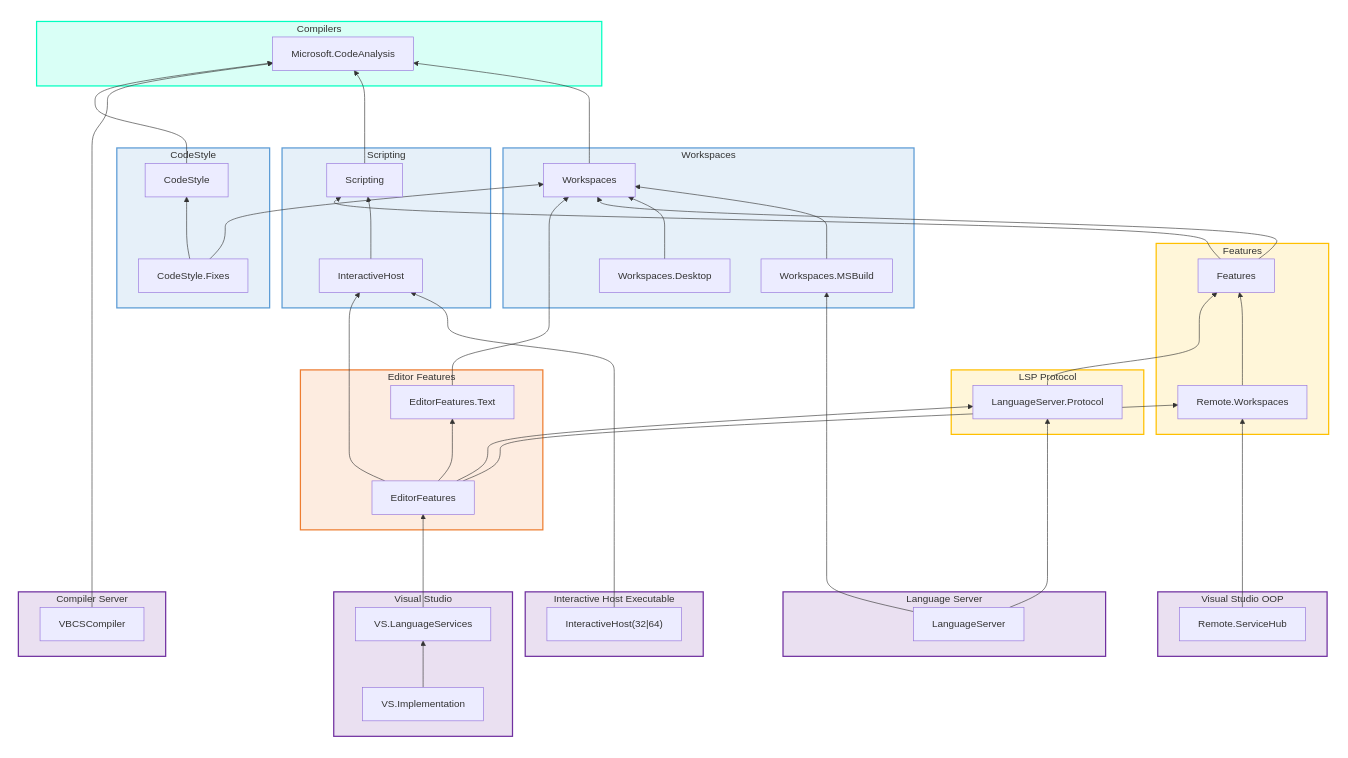
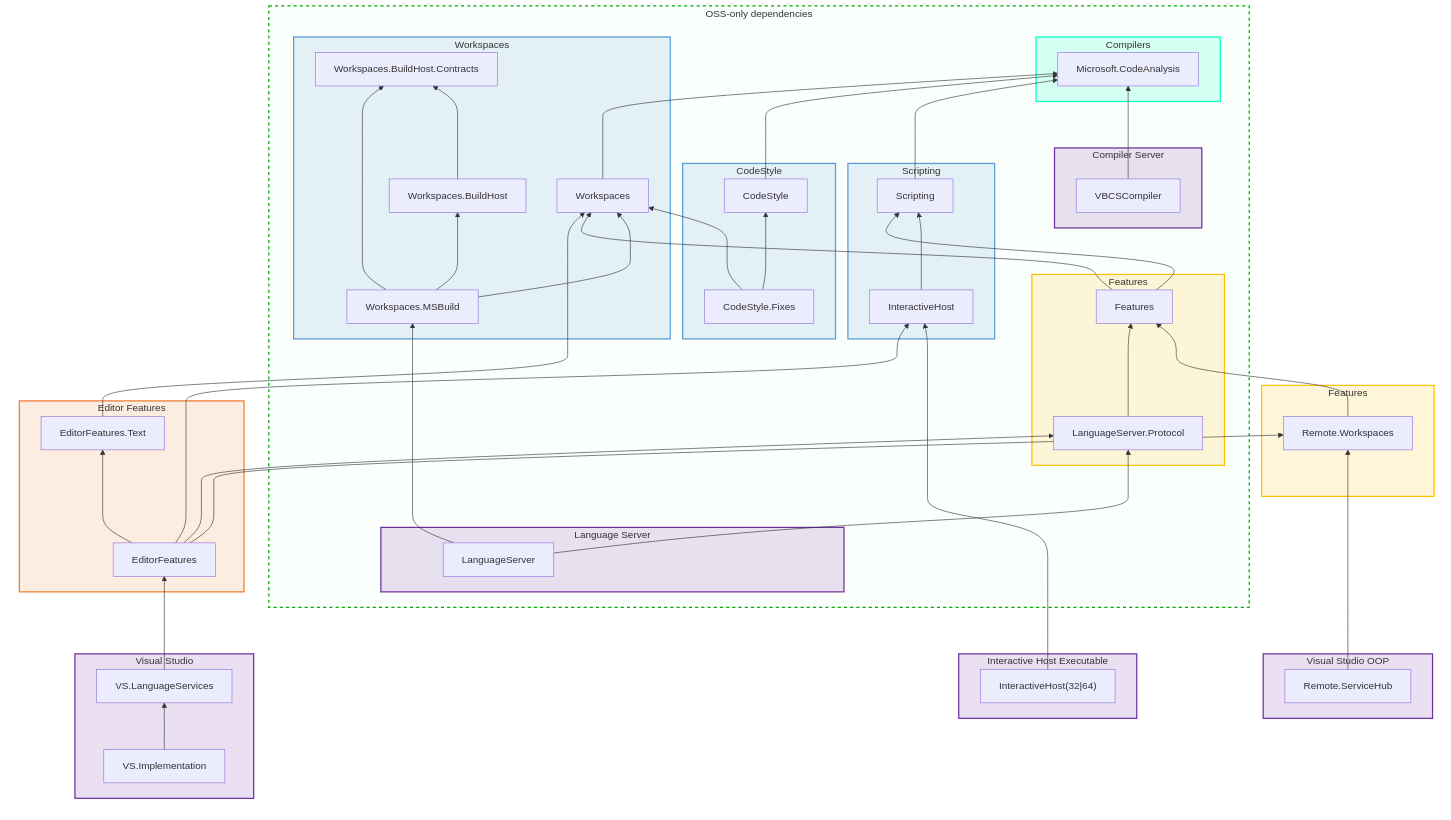
Before and after one commit to tmat/roslyn: the diagram in docs/Layering.md, drawn with Mermaid. The commit also changed other lines of this file, not shown here.

````diff
--- a/docs/Layering.md
+++ b/docs/Layering.md
@@ -7,38 +5,50 @@
 ```mermaid
 graph BT
 
-    subgraph Layer0[" "]
-        subgraph L0["Compilers"]
-            Microsoft_CodeAnalysis["Microsoft.CodeAnalysis"]
+    subgraph OSS["OSS-only dependencies"]
+        subgraph Layer0[" "]
+            subgraph L0["Compilers"]
+                Microsoft_CodeAnalysis["Microsoft.CodeAnalysis"]
+            end
+        end
+
+        subgraph Layer1[" "]
+            subgraph L1a["Workspaces"]
+                Microsoft_CodeAnalysis_Workspaces["Workspaces"]
+                Microsoft_CodeAnalysis_Workspaces_BuildHost["Workspaces.BuildHost"]
+                Microsoft_CodeAnalysis_Workspaces_MSBuild["Workspaces.MSBuild"]
+                Microsoft_CodeAnalysis_Workspaces_BuildHost_Contracts["Workspaces.BuildHost.Contracts"]
+            end
+
+            subgraph L1b["CodeStyle"]
+                Microsoft_CodeAnalysis_CodeStyle["CodeStyle"]
+                Microsoft_CodeAnalysis_CodeStyle_Fixes["CodeStyle.Fixes"]
+            end
+
+            subgraph L1c["Scripting"]
+                Microsoft_CodeAnalysis_Scripting["Scripting"]
+                Microsoft_CodeAnalysis_InteractiveHost["InteractiveHost"]
+            end
+        end
+
+        subgraph Layer3[" "]
+            subgraph L3a["Features"]
+                Microsoft_CodeAnalysis_Features["Features"]
+                Microsoft_CodeAnalysis_LanguageServer_Protocol["LanguageServer.Protocol"]
+            end
+        end
+
+        subgraph L6b["Language Server"]
+            Microsoft_CodeAnalysis_LanguageServer["LanguageServer"]
+        end
+
+        subgraph L6e["Compiler Server"]
+            VBCSCompiler["VBCSCompiler"]
         end
     end
 
-    subgraph Layer1[" "]
-        subgraph L1a["Workspaces"]
-            Microsoft_CodeAnalysis_Workspaces["Workspaces"]
-            Microsoft_CodeAnalysis_Workspaces_Desktop["Workspaces.Desktop"]
-            Microsoft_CodeAnalysis_Workspaces_MSBuild["Workspaces.MSBuild"]
-        end
-
-        subgraph L1b["CodeStyle"]
-            Microsoft_CodeAnalysis_CodeStyle["CodeStyle"]
-            Microsoft_CodeAnalysis_CodeStyle_Fixes["CodeStyle.Fixes"]
-        end
-
-        subgraph L1c["Scripting"]
-            Microsoft_CodeAnalysis_Scripting["Scripting"]
-            Microsoft_CodeAnalysis_InteractiveHost["InteractiveHost"]
-        end
-    end
-
-    subgraph Layer3[" "]
-        subgraph L3a["Features"]
-            Microsoft_CodeAnalysis_Features["Features"]
-            Microsoft_CodeAnalysis_Remote_Workspaces["Remote.Workspaces"]
-        end
-        subgraph L3b["LSP Protocol"]
-            Microsoft_CodeAnalysis_LanguageServer_Protocol["LanguageServer.Protocol"]
-        end
+    subgraph L3b["Features"]
+        Microsoft_CodeAnalysis_Remote_Workspaces["Remote.Workspaces"]
     end
 
     subgraph Layer4[" "]
@@ -54,20 +64,12 @@
             Microsoft_VisualStudio_LanguageServices_Implementation["VS.Implementation"]
         end
 
-        subgraph L6b["Language Server"]
-            Microsoft_CodeAnalysis_LanguageServer["LanguageServer"]
-        end
-
         subgraph L6c["Visual Studio OOP"]
             Microsoft_CodeAnalysis_Remote_ServiceHub["Remote.ServiceHub"]
         end
 
         subgraph L6d["Interactive Host Executable"]
             InteractiveHost_Exe["InteractiveHost(32|64)"]
-        end
-
-        subgraph L6e["Compiler Server"]
-            VBCSCompiler["VBCSCompiler"]
         end
     end
 
@@ -91,11 +93,14 @@
     VBCSCompiler --> Microsoft_CodeAnalysis
     Microsoft_CodeAnalysis_Scripting --> Microsoft_CodeAnalysis
     Microsoft_CodeAnalysis_Workspaces --> Microsoft_CodeAnalysis
-    Microsoft_CodeAnalysis_Workspaces_Desktop --> Microsoft_CodeAnalysis_Workspaces
     Microsoft_CodeAnalysis_Workspaces_MSBuild --> Microsoft_CodeAnalysis_Workspaces
+    Microsoft_CodeAnalysis_Workspaces_MSBuild --> Microsoft_CodeAnalysis_Workspaces_BuildHost
+    Microsoft_CodeAnalysis_Workspaces_MSBuild --> Microsoft_CodeAnalysis_Workspaces_BuildHost_Contracts
+    Microsoft_CodeAnalysis_Workspaces_BuildHost --> Microsoft_CodeAnalysis_Workspaces_BuildHost_Contracts
     Microsoft_VisualStudio_LanguageServices --> Microsoft_CodeAnalysis_EditorFeatures
     Microsoft_VisualStudio_LanguageServices_Implementation --> Microsoft_VisualStudio_LanguageServices
 
+    style OSS fill:#e0ffe0,fill-opacity:0.15,stroke:#00aa00,stroke-width:2px,stroke-dasharray:5 5
     style Layer0 fill:none,stroke:none
     style Layer1 fill:none,stroke:none
     style Layer3 fill:none,stroke:none
````
